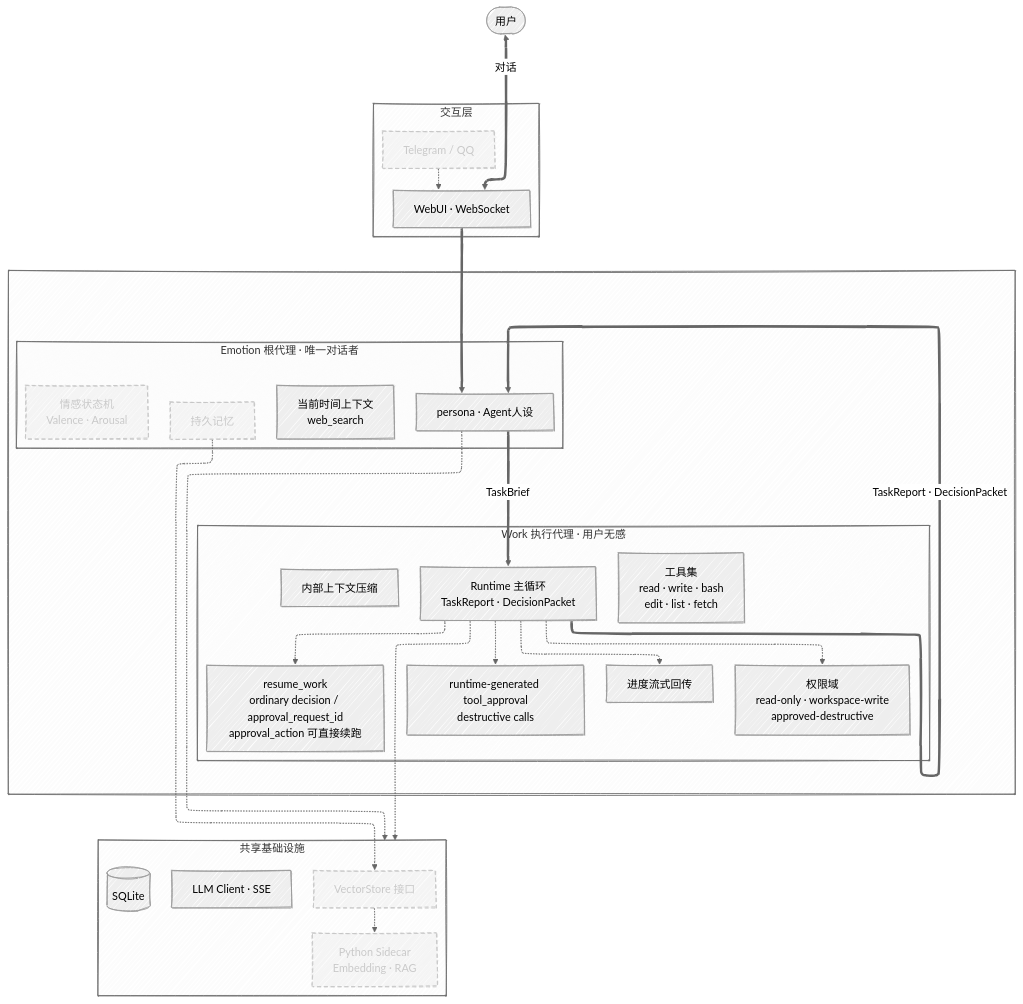
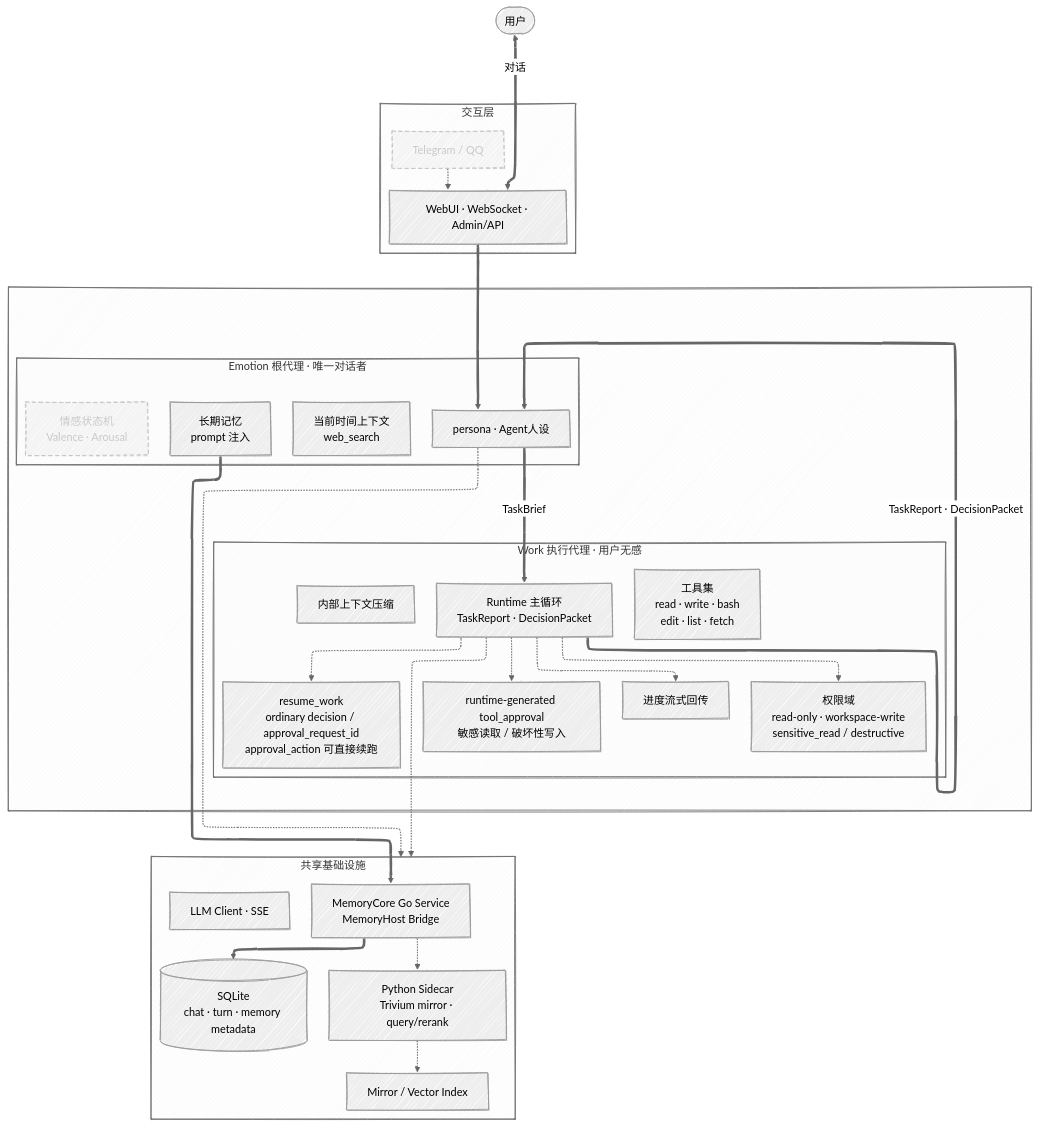
Before and after one commit to LongYiSang/EmoAgent: the first of 2 diagrams in README.md, drawn with Mermaid. The commit also changed other lines of this file, not shown here.

````diff
--- a/README.md
+++ b/README.md
@@ -21,66 +21,69 @@
 ```mermaid
 ---
 config:
   look: handDrawn
   layout: elk
   theme: neutral
 ---
 flowchart TB
   User(["用户"])
 
   subgraph L4["交互层"]
     direction LR
-    WebUI["WebUI · WebSocket"]
+    WebUI["WebUI · WebSocket · Admin/API"]
     TG["Telegram / QQ"]
   end
 
   subgraph Cores[" "]
     direction LR
 
     subgraph E[" Emotion 根代理 · 唯一对话者"]
       direction TB
       E_core[" persona · Agent人设"]
       E_tool["当前时间上下文<br/>web_search"]
-      E_mem["持久记忆"]
+      E_mem["长期记忆<br/>prompt 注入"]
       E_emo["情感状态机<br/>Valence · Arousal"]
     end
 
     subgraph W["Work 执行代理 · 用户无感"]
       direction TB
       W_core["Runtime 主循环<br/>TaskReport · DecisionPacket"]
       W_tool["工具集<br/>read · write · bash<br/>edit · list · fetch"]
-      W_perm["权限域<br/>read-only · workspace-write<br/>approved-destructive"]
-      W_approval["runtime-generated tool_approval<br/>destructive calls"]
+      W_perm["权限域<br/>read-only · workspace-write<br/>sensitive_read / destructive"]
+      W_approval["runtime-generated tool_approval<br/>敏感读取 / 破坏性写入"]
       W_resume["resume_work<br/>ordinary decision / approval_request_id<br/>approval_action 可直接续跑"]
       W_stream["进度流式回传"]
       W_cmp["内部上下文压缩"]
   end
   end
 
   subgraph L0["共享基础设施"]
     direction LR
     LLM["LLM Client · SSE"]
-    DB[("SQLite")]
-    VS["VectorStore 接口"]
-    PY["Python Sidecar<br/>Embedding · RAG"]
+    DB[("SQLite<br/>chat · turn · memory metadata")]
+    MC["MemoryCore Go Service<br/>MemoryHost Bridge"]
+    VS["Mirror / Vector Index"]
+    PY["Python Sidecar<br/>Trivium mirror · query/rerank"]
   end
 
   User <==>|对话| WebUI
   TG -.-> WebUI
 
   WebUI ==> E_core
   E_core ==>|TaskBrief| W_core
   W_core ==>|TaskReport · DecisionPacket| E_core
   W_core -.-> W_perm
   W_core -.-> W_approval
   W_core -.-> W_resume
   W_core -.-> W_stream
 
   E_core -.-> L0
   W_core -.-> L0
-  E_mem -.-> VS
-  VS -.-> PY
+  E_mem ==> MC
+  MC ==> DB
+  MC -.-> PY
+  PY -.-> VS
 
   classDef planned stroke-dasharray: 6 4,opacity:0.55,color:#666
-  class TG,E_mem,E_emo,VS,PY planned
+  class TG,E_emo planned
 ```
````
